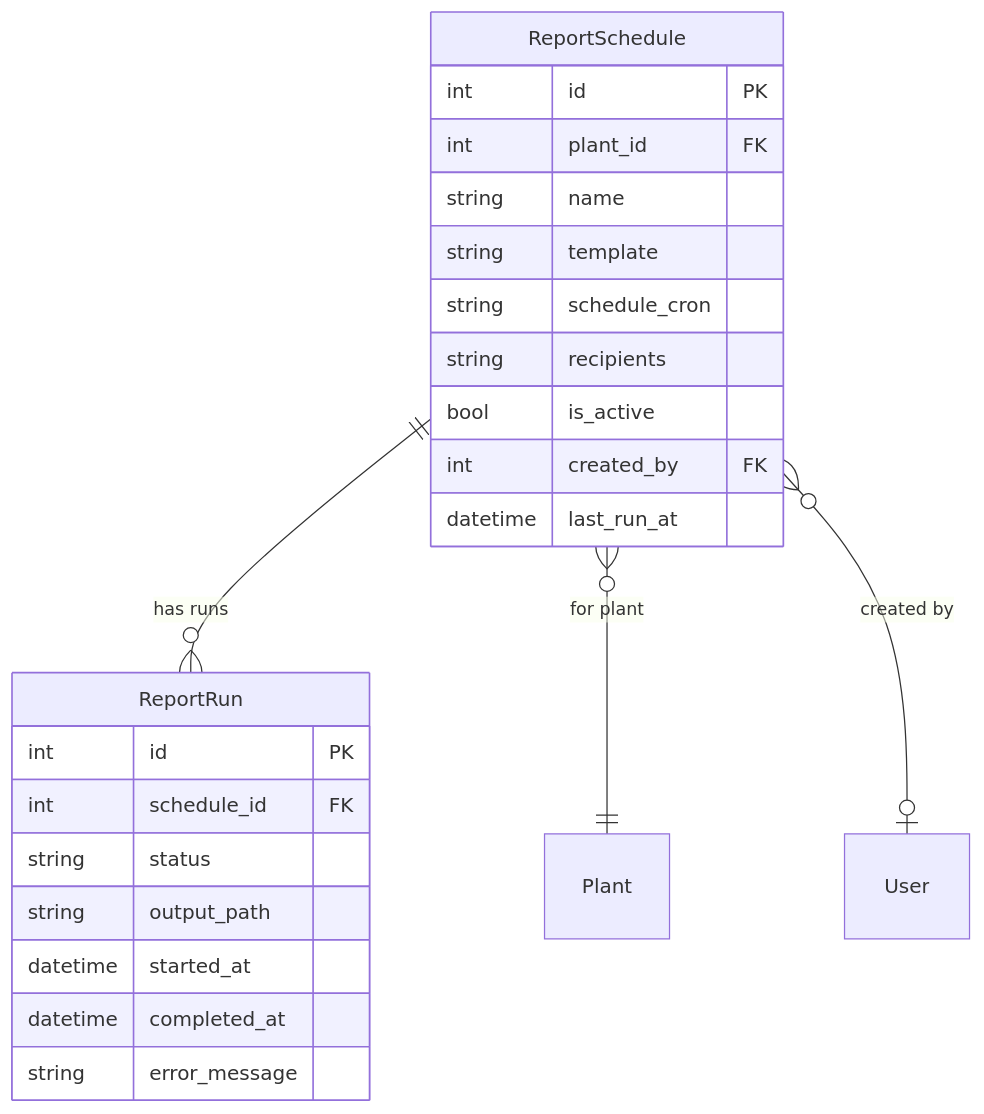
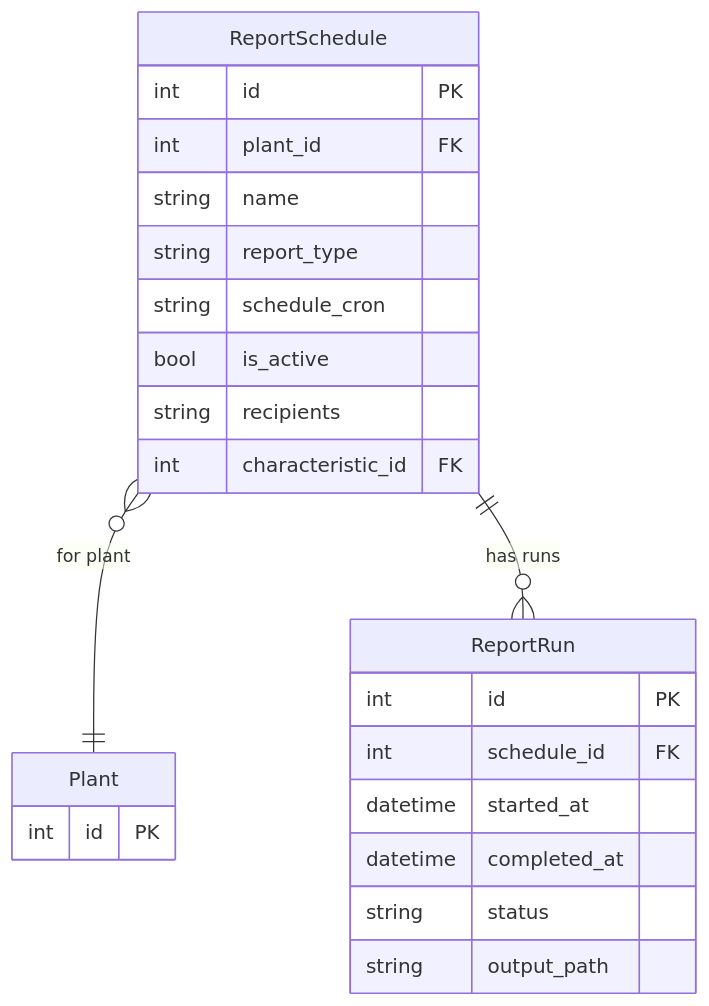
One commit to saturnis-io/cassini changed the second of 2 diagrams in .knowledge/features/reporting.md. Above: the diagram before and after it, drawn with Mermaid. The commit also changed other lines of this file and 15 other files, not shown here.

Commit message:
knowledge-graph: regenerate

````diff
--- a/.knowledge/features/reporting.md
+++ b/.knowledge/features/reporting.md
@@ -30,26 +28,26 @@
 ```mermaid
 erDiagram
+    ReportSchedule }o--|| Plant : "for plant"
     ReportSchedule ||--o{ ReportRun : "has runs"
-    ReportSchedule }o--|| Plant : "for plant"
-    ReportSchedule }o--o| User : "created by"
     ReportSchedule {
         int id PK
         int plant_id FK
         string name
-        string template
+        string report_type
         string schedule_cron
+        bool is_active
         string recipients
-        bool is_active
-        int created_by FK
-        datetime last_run_at
+        int characteristic_id FK
     }
     ReportRun {
         int id PK
         int schedule_id FK
+        datetime started_at
+        datetime completed_at
         string status
         string output_path
-        datetime started_at
-        datetime completed_at
-        string error_message
+    }
+    Plant {
+        int id PK
     }
 ```
````
